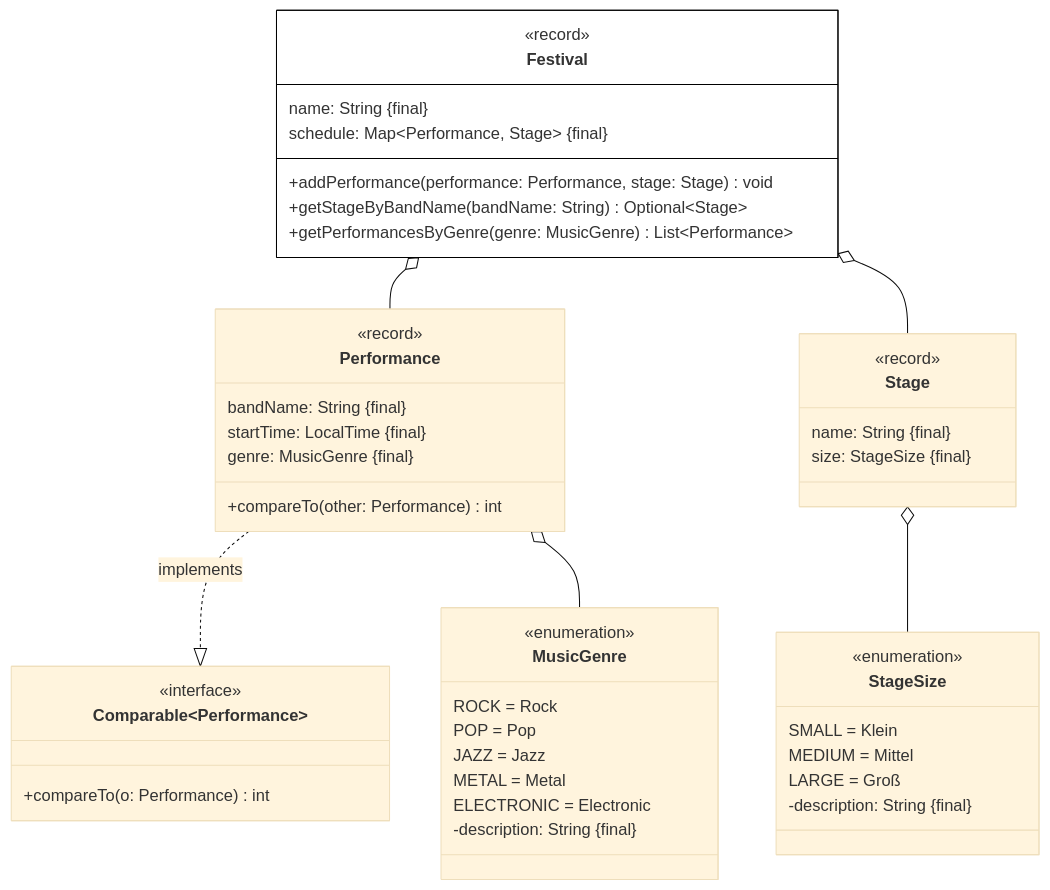
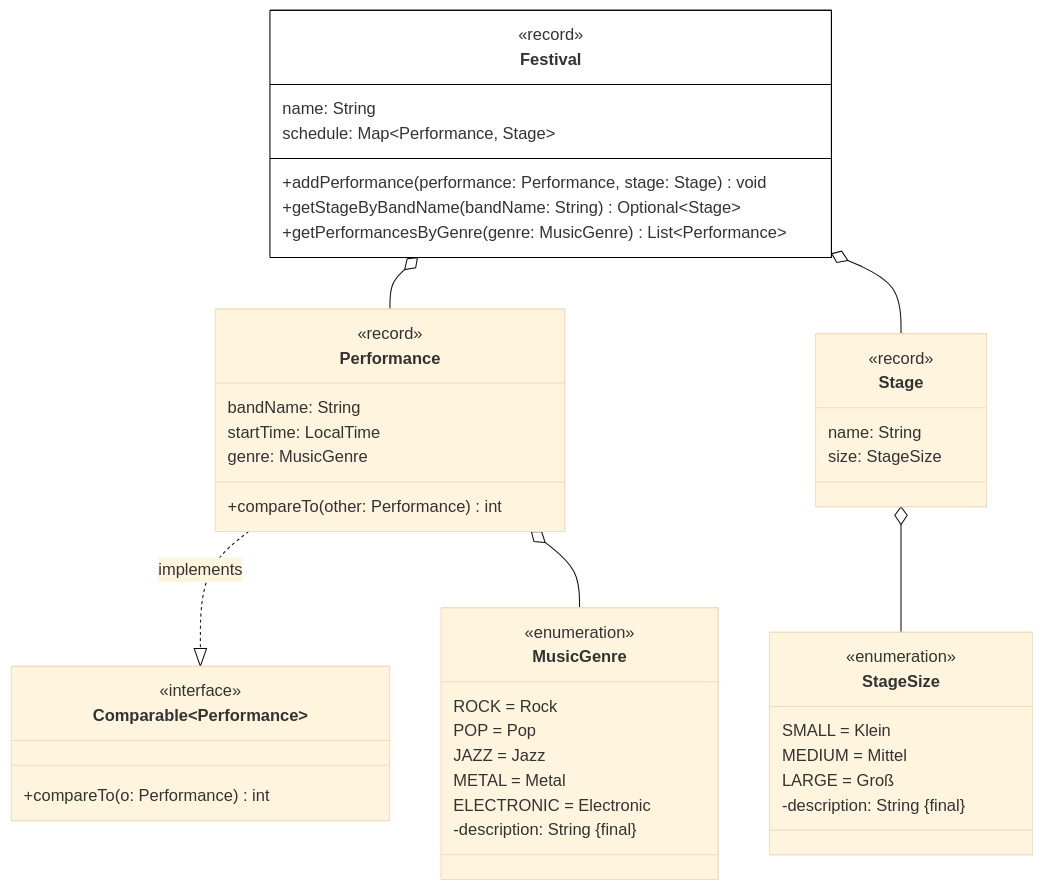
Before and after one commit to appenmaier/java_wwibe125: the second of 2 diagrams in skript/repetition2.md, drawn with Mermaid (base theme). The commit also changed other lines of this file, not shown here.

````diff
--- a/skript/repetition2.md
+++ b/skript/repetition2.md
@@ -42,50 +42,49 @@
 ```mermaid
 classDiagram
    Performance ..|> Comparable~Performance~ : implements
    Performance o-- MusicGenre
    Stage o-- StageSize
    Festival o-- Performance
    Festival o-- Stage
    class Performance {
       <<record>>
-      bandName: String #123;final#125;
-      startTime: LocalTime #123;final#125;
-      genre: MusicGenre #123;final#125;
+      bandName: String
+      startTime: LocalTime
+      genre: MusicGenre
       +compareTo(other: Performance) int
    }
    class Comparable~Performance~ {
       <<interface>>
       +compareTo(o: Performance) int
    }
    class Stage {
       <<record>>
-      name: String #123;final#125;
-      size: StageSize #123;final#125;
+      name: String 
+      size: StageSize
    }
    class Festival {
       <<record>>
-      name: String #123;final#125;
-      schedule: Map~Performance, Stage~ #123;final#125;
+      name: String
+      schedule: Map~Performance, Stage~
       +addPerformance(performance: Performance, stage: Stage) void
       +getStageByBandName(bandName: String) Optional~Stage~
       +getPerformancesByGenre(genre: MusicGenre) List~Performance~
    }
    class MusicGenre {
       <<enumeration>>
       ROCK = Rock
       POP = Pop
       JAZZ = Jazz
       METAL = Metal
       ELECTRONIC = Electronic
       -description: String #123;final#125;
    }
    class StageSize {
       <<enumeration>>
       SMALL = Klein
       MEDIUM = Mittel
       LARGE = Groß
       -description: String #123;final#125;
    }
    style Festival fill:#fff,stroke:#000
-
 ```
````
